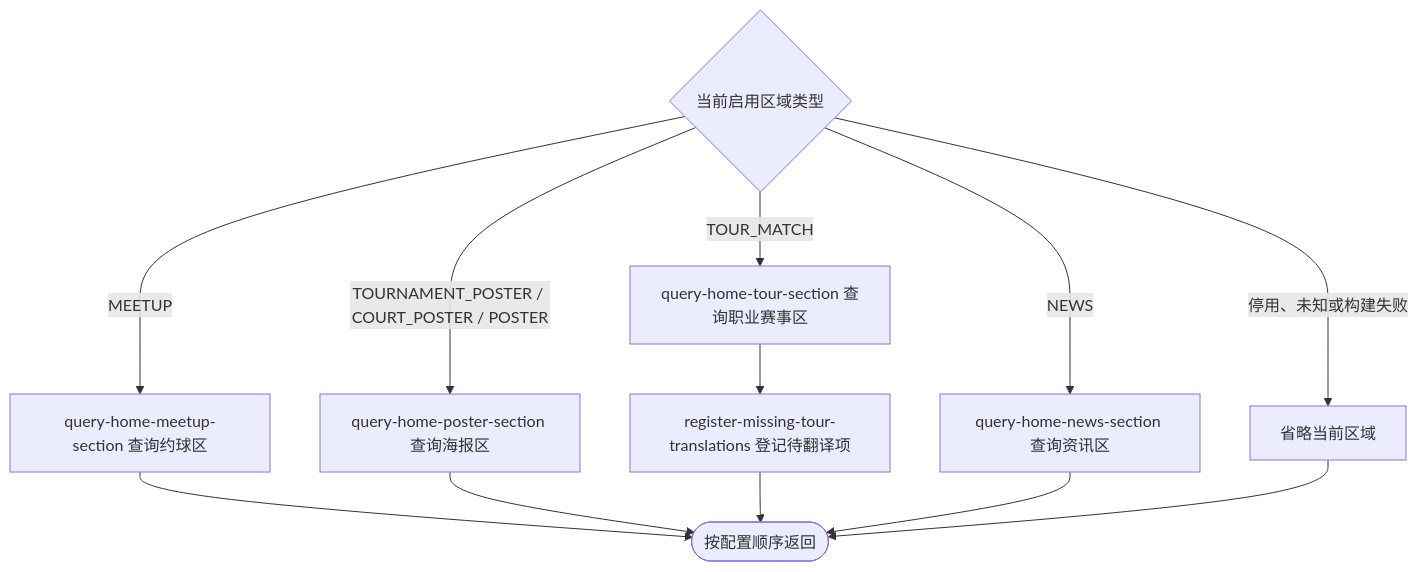
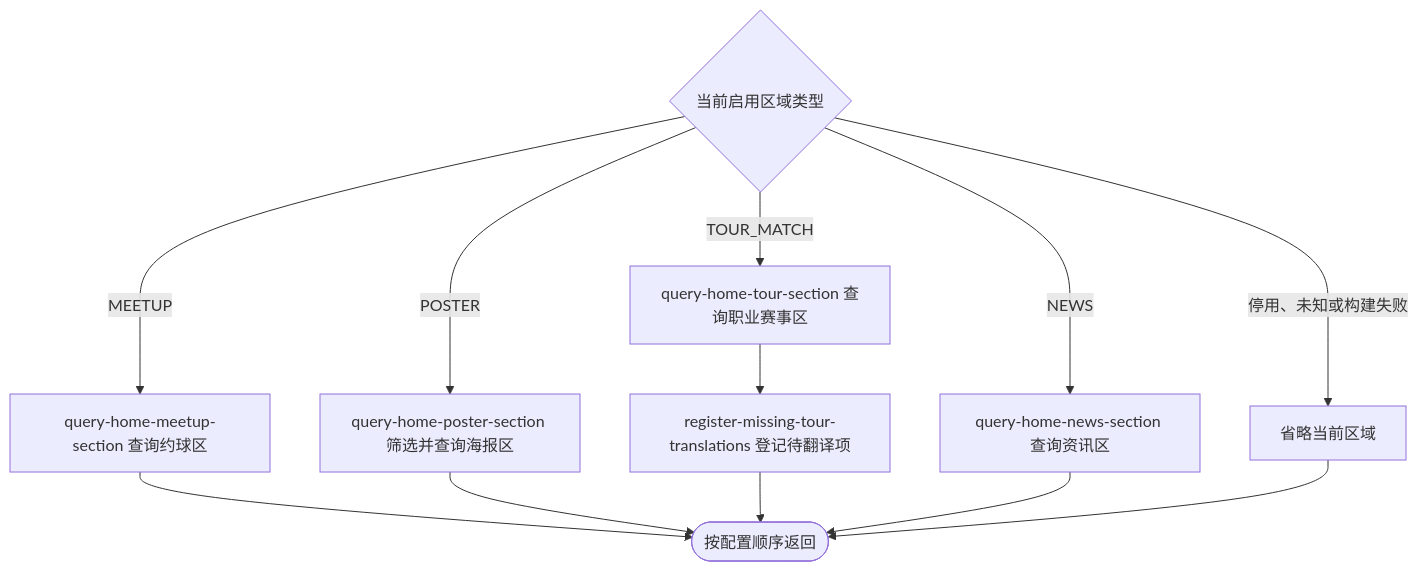
The diagram in blueprint/spec/platform-config/home-content-query/query-home-content.md (chxt100016/Rally), drawn with Mermaid before and after one commit. The commit also changed other lines of this file and 53 other files, not shown here.

````diff
--- a/blueprint/spec/platform-config/home-content-query/query-home-content.md
+++ b/blueprint/spec/platform-config/home-content-query/query-home-content.md
@@ -38,15 +38,15 @@
 ```mermaid
 flowchart TD
     D{当前启用区域类型}
     D -->|MEETUP| M[query-home-meetup-section 查询约球区]
-    D -->|TOURNAMENT_POSTER / COURT_POSTER / POSTER| P[query-home-poster-section 查询海报区]
+    D -->|POSTER| P[query-home-poster-section 筛选并查询海报区]
     D -->|TOUR_MATCH| T[query-home-tour-section 查询职业赛事区]
     T --> R[register-missing-tour-translations 登记待翻译项]
     D -->|NEWS| N[query-home-news-section 查询资讯区]
     D -->|停用、未知或构建失败| X[省略当前区域]
     M --> S([按配置顺序返回])
     P --> S
     R --> S
     N --> S
     X --> S
 ```
````
